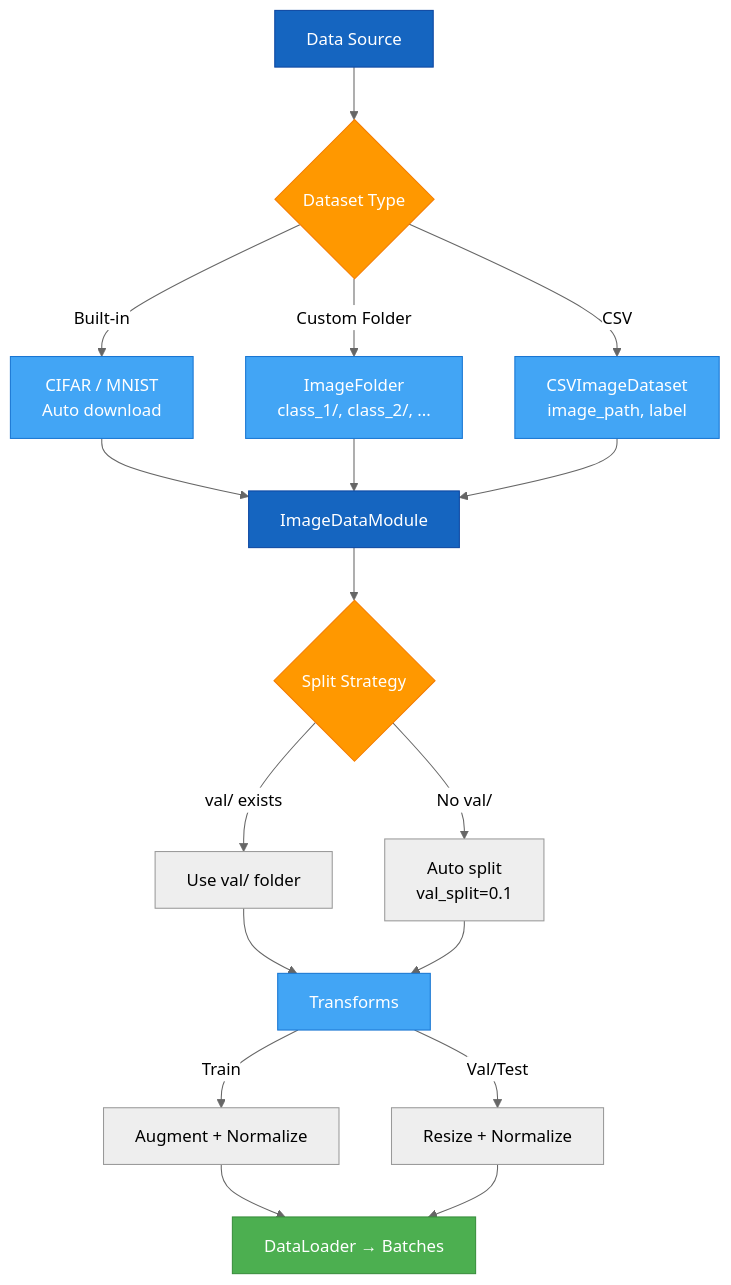
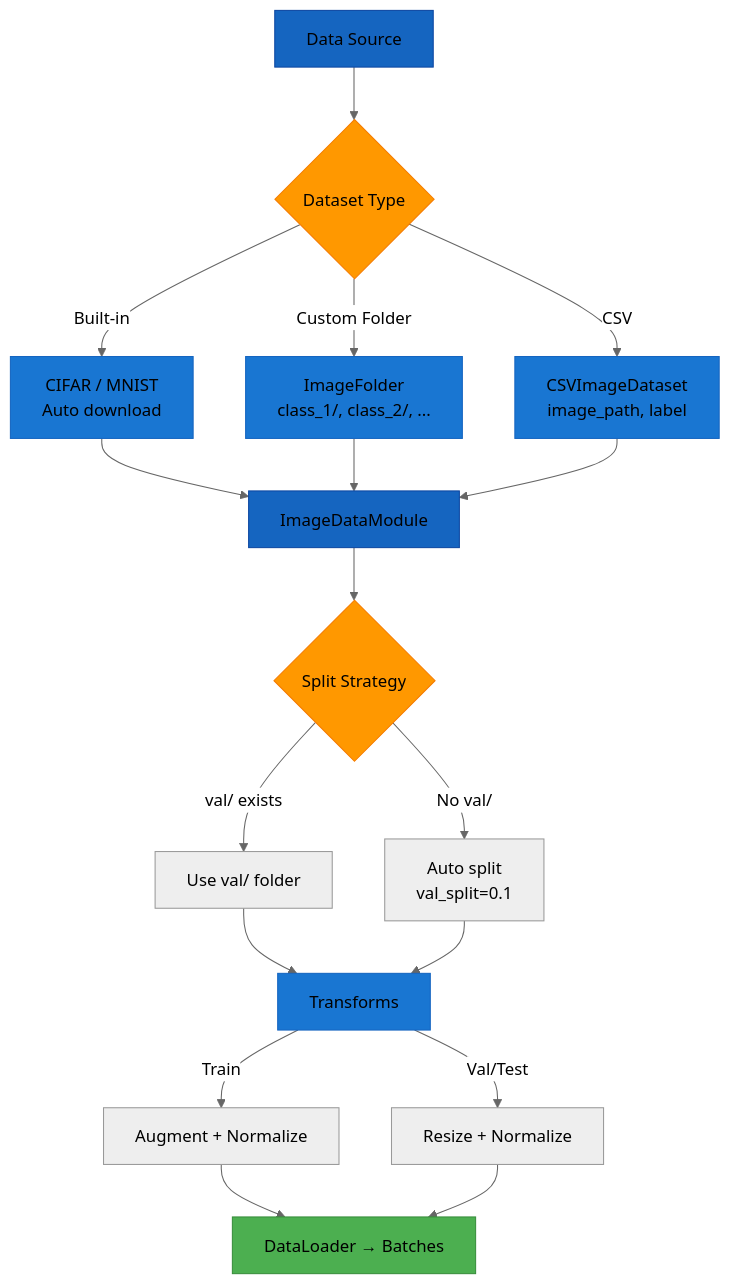
Before and after one commit to theja-vanka/AutoTimm: the diagram in docs/user-guide/data-loading/image-classification-data.md, drawn with Mermaid (neutral theme). The commit also changed 37 other files, not shown here.

````diff
--- a/docs/user-guide/data-loading/image-classification-data.md
+++ b/docs/user-guide/data-loading/image-classification-data.md
@@ -7,29 +7,29 @@
 ```mermaid
 graph TD
     A[Data Source] --> B{Dataset Type}
     B -->|Built-in| C1[CIFAR / MNIST<br/>Auto download]
     B -->|Custom Folder| C2[ImageFolder<br/>class_1/, class_2/, ...]
     B -->|CSV| C3[CSVImageDataset<br/>image_path, label]
     C1 --> D[ImageDataModule]
     C2 --> D
     C3 --> D
     D --> E{Split Strategy}
     E -->|val/ exists| F1[Use val/ folder]
     E -->|No val/| F2[Auto split<br/>val_split=0.1]
     F1 --> G[Transforms]
     F2 --> G
     G -->|Train| H1[Augment + Normalize]
     G -->|Val/Test| H2[Resize + Normalize]
     H1 --> I[DataLoader → Batches]
     H2 --> I
 
-    style A fill:#1565C0,stroke:#0D47A1,color:#fff
-    style B fill:#FF9800,stroke:#F57C00,color:#fff
-    style C1 fill:#42A5F5,stroke:#1976D2,color:#fff
-    style C2 fill:#42A5F5,stroke:#1976D2,color:#fff
-    style C3 fill:#42A5F5,stroke:#1976D2,color:#fff
-    style D fill:#1565C0,stroke:#0D47A1,color:#fff
-    style E fill:#FF9800,stroke:#F57C00,color:#fff
-    style G fill:#42A5F5,stroke:#1976D2,color:#fff
-    style I fill:#4CAF50,stroke:#388E3C,color:#fff
+    style A fill:#1565C0,stroke:#0D47A1
+    style B fill:#FF9800,stroke:#F57C00
+    style C1 fill:#1976D2,stroke:#1565C0
+    style C2 fill:#1976D2,stroke:#1565C0
+    style C3 fill:#1976D2,stroke:#1565C0
+    style D fill:#1565C0,stroke:#0D47A1
+    style E fill:#FF9800,stroke:#F57C00
+    style G fill:#1976D2,stroke:#1565C0
+    style I fill:#4CAF50,stroke:#388E3C
 ```
````
